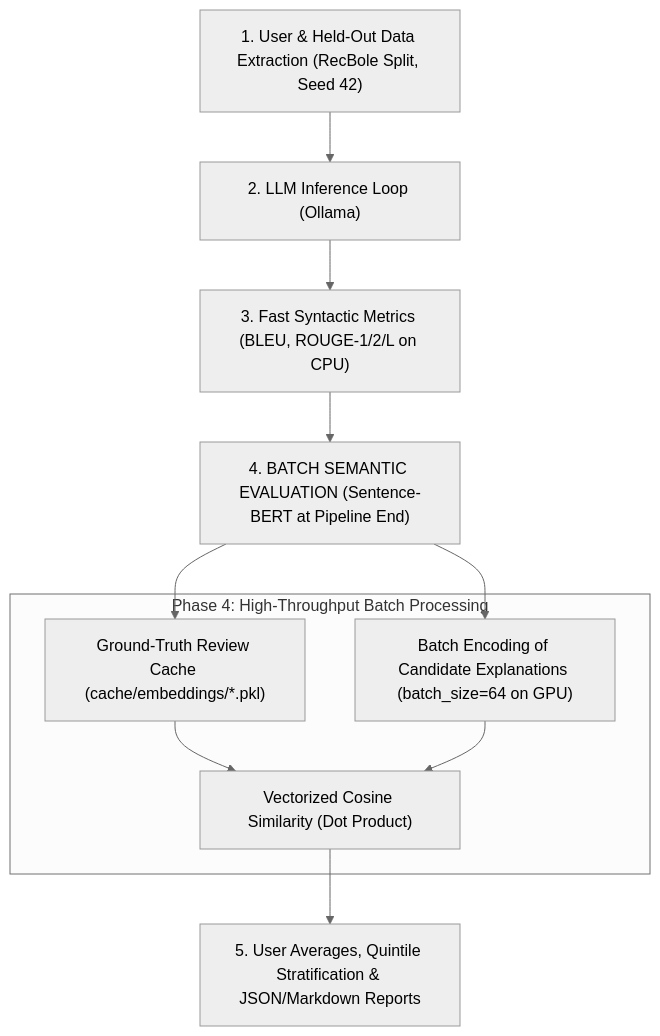
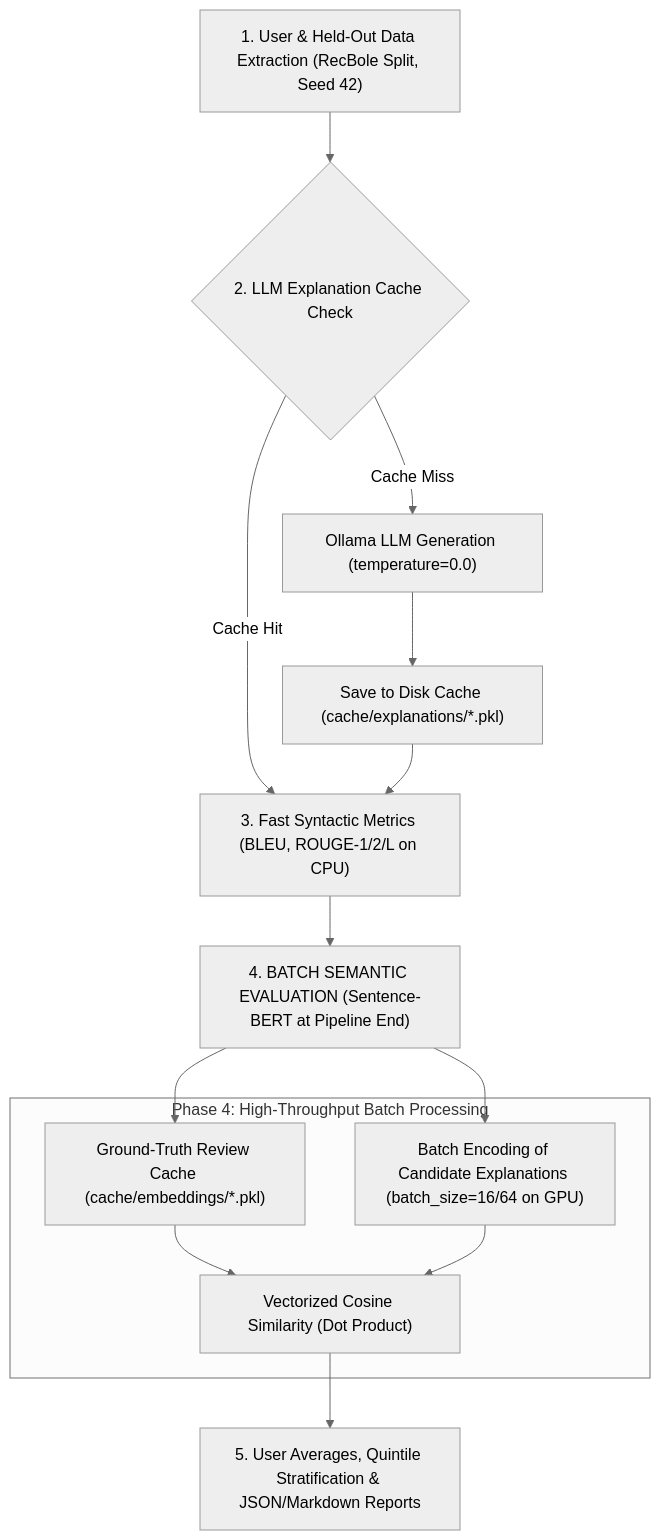
The diagram in README_LLM_VALIDATION.md (Luigi-AI14/DGCDR_), drawn with Mermaid (neutral theme) before and after one commit. The commit also changed other lines of this file and 3 other files, not shown here.

Commit message:
feat: Implement persistent on-disk cache for LLM explanations and enhance validation pipeline with caching logic

````diff
--- a/README_LLM_VALIDATION.md
+++ b/README_LLM_VALIDATION.md
@@ -45,18 +48,21 @@
 ```mermaid
 flowchart TD
-    A["1. User & Held-Out Data Extraction (RecBole Split, Seed 42)"] --> B["2. LLM Inference Loop (Ollama)"]
-    B --> C["3. Fast Syntactic Metrics (BLEU, ROUGE-1/2/L on CPU)"]
+    A["1. User & Held-Out Data Extraction (RecBole Split, Seed 42)"] --> B{"2. LLM Explanation Cache Check"}
+    B -- Cache Hit --> C["3. Fast Syntactic Metrics (BLEU, ROUGE-1/2/L on CPU)"]
+    B -- Cache Miss --> B1["Ollama LLM Generation (temperature=0.0)"]
+    B1 --> B2["Save to Disk Cache (cache/explanations/*.pkl)"]
+    B2 --> C
     C --> D["4. BATCH SEMANTIC EVALUATION (Sentence-BERT at Pipeline End)"]
     
     subgraph "Phase 4: High-Throughput Batch Processing"
         D1["Ground-Truth Review Cache (cache/embeddings/*.pkl)"]
-        D2["Batch Encoding of Candidate Explanations (batch_size=64 on GPU)"]
+        D2["Batch Encoding of Candidate Explanations (batch_size=16/64 on GPU)"]
         D3["Vectorized Cosine Similarity (Dot Product)"]
         D1 --> D3
         D2 --> D3
     end
     
     D --> D1
     D --> D2
     D3 --> E["5. User Averages, Quintile Stratification & JSON/Markdown Reports"]
 ```
````
